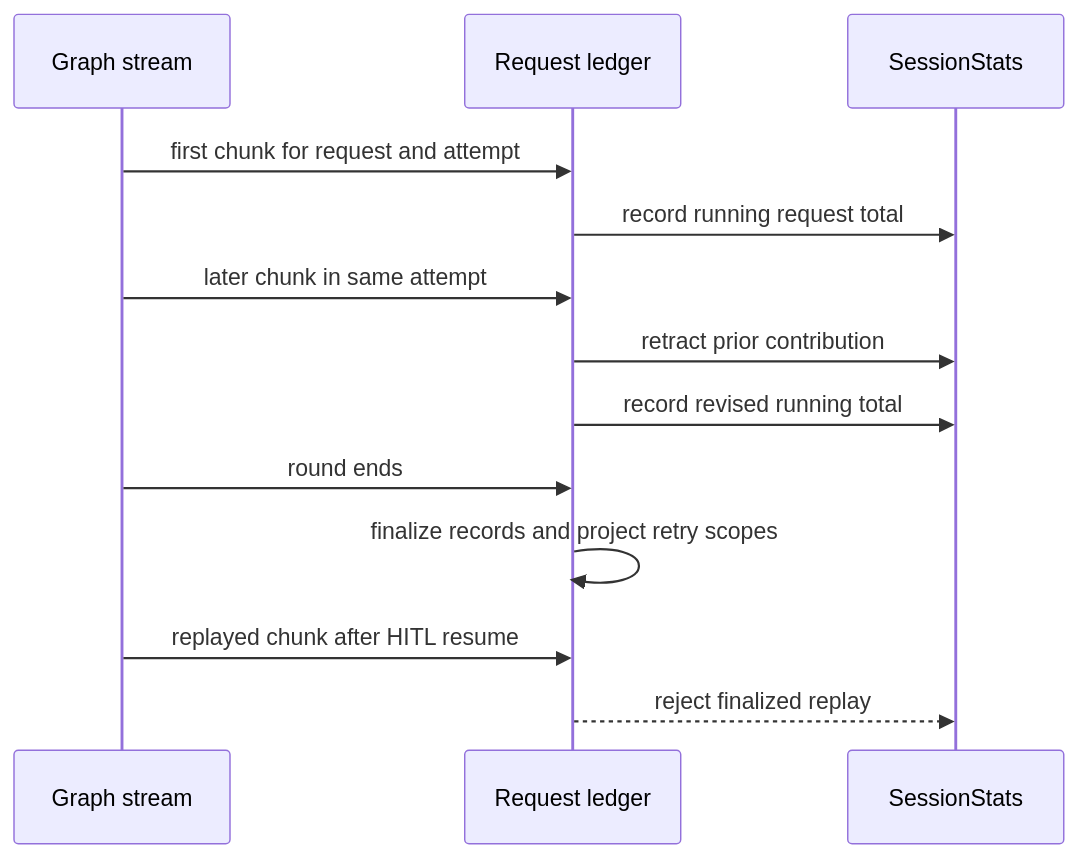
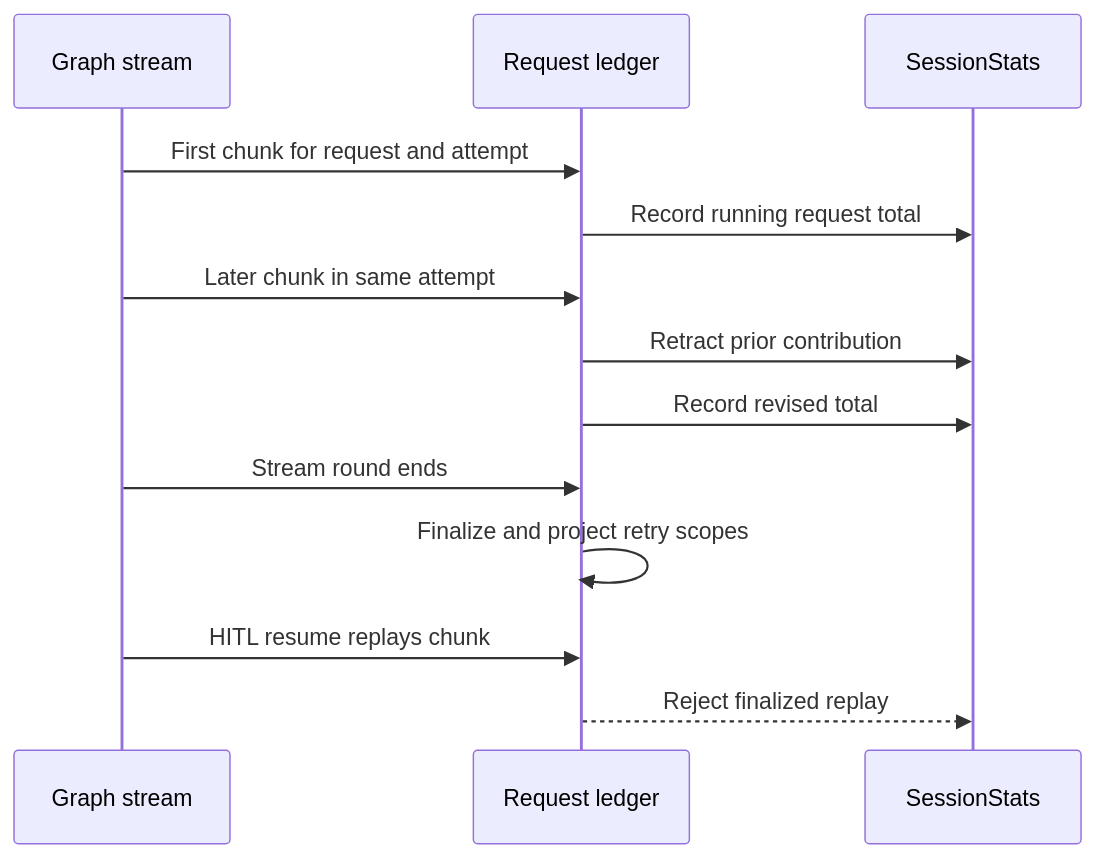
One commit to langchain-ai/deepagents changed the second of 2 diagrams in openwiki/operations/cost-and-sessions.md. Above: the diagram before and after it, drawn with Mermaid. The commit also changed other lines of this file and 63 other files, not shown here.

````diff
--- a/openwiki/operations/cost-and-sessions.md
+++ b/openwiki/operations/cost-and-sessions.md
@@ -108,15 +106,15 @@
 ```mermaid
 sequenceDiagram
     participant Stream as Graph stream
     participant Ledger as Request ledger
     participant Stats as SessionStats
-    Stream->>Ledger: first chunk for request and attempt
-    Ledger->>Stats: record running request total
-    Stream->>Ledger: later chunk in same attempt
-    Ledger->>Stats: retract prior contribution
-    Ledger->>Stats: record revised running total
-    Stream->>Ledger: round ends
-    Ledger->>Ledger: finalize records and project retry scopes
-    Stream->>Ledger: replayed chunk after HITL resume
-    Ledger-->>Stats: reject finalized replay
+    Stream->>Ledger: First chunk for request and attempt
+    Ledger->>Stats: Record running request total
+    Stream->>Ledger: Later chunk in same attempt
+    Ledger->>Stats: Retract prior contribution
+    Ledger->>Stats: Record revised total
+    Stream->>Ledger: Stream round ends
+    Ledger->>Ledger: Finalize and project retry scopes
+    Stream->>Ledger: HITL resume replays chunk
+    Ledger-->>Stats: Reject finalized replay
 ```
````
